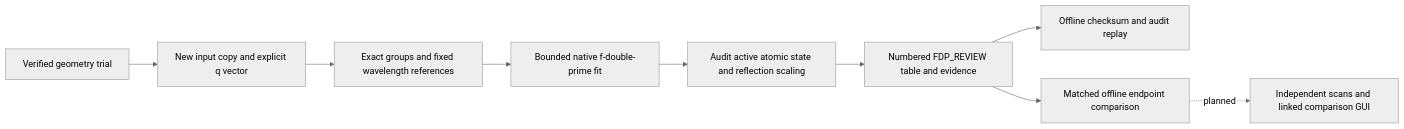
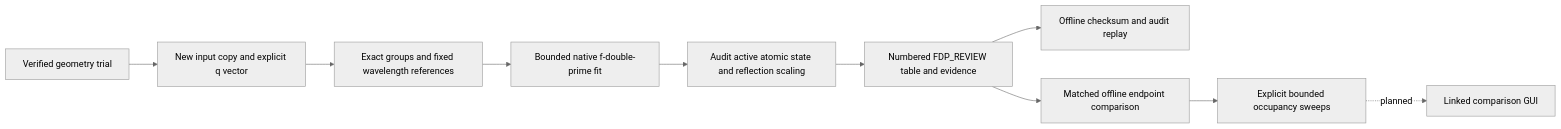
The third of 4 diagrams in docs/metal-anomalous-doctor.md (vecchioni-lab/NASolve), drawn with Mermaid (neutral theme) before and after one commit. The commit also changed other lines of this file and 10 other files, not shown here.

Commit message:
Add bounded resumable metal occupancy sweeps

````diff
--- a/docs/metal-anomalous-doctor.md
+++ b/docs/metal-anomalous-doctor.md
@@ -214,11 +316,12 @@
 ```mermaid
 flowchart LR
     G[Verified geometry trial] --> I[New input copy and explicit q vector]
     I --> P[Exact groups and fixed wavelength references]
     P --> N[Bounded native f-double-prime fit]
     N --> A[Audit active atomic state and reflection scaling]
     A --> R[Numbered FDP_REVIEW table and evidence]
     R --> V[Offline checksum and audit replay]
     R --> C[Matched offline endpoint comparison]
-    C -. planned .-> S[Independent scans and linked comparison GUI]
+    C --> S[Explicit bounded occupancy sweeps]
+    S -. planned .-> U[Linked comparison GUI]
 ```
````
